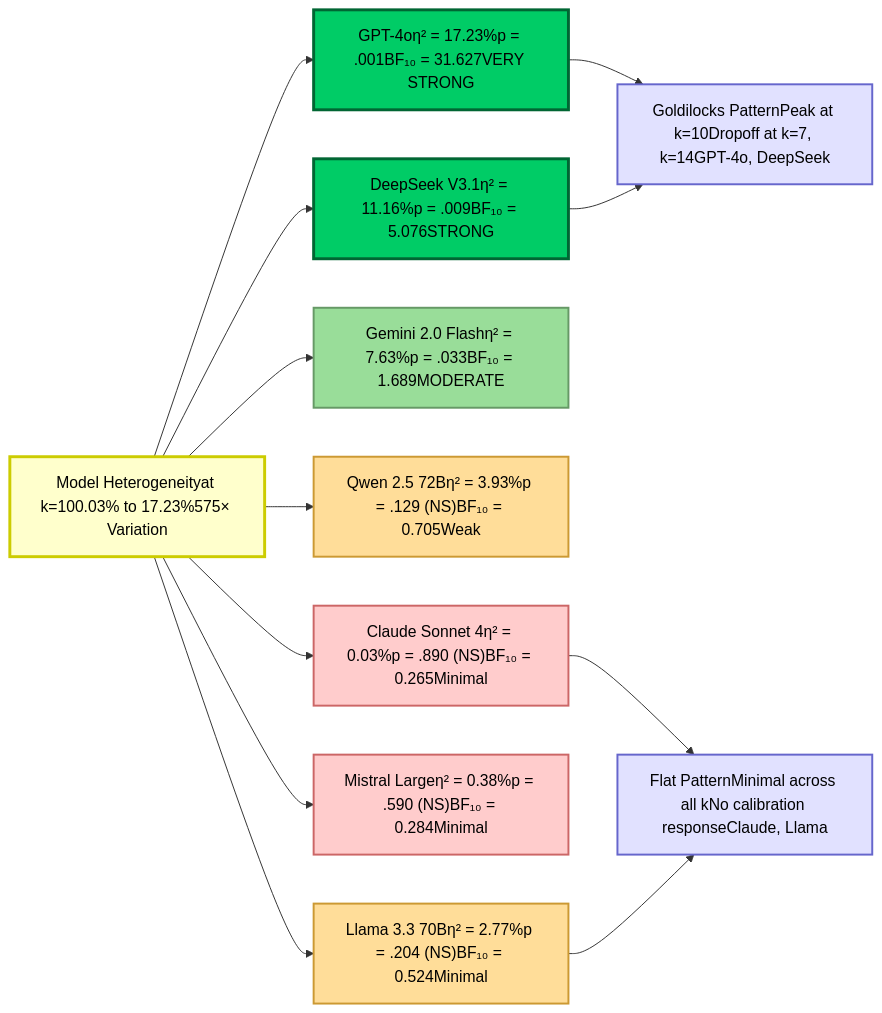
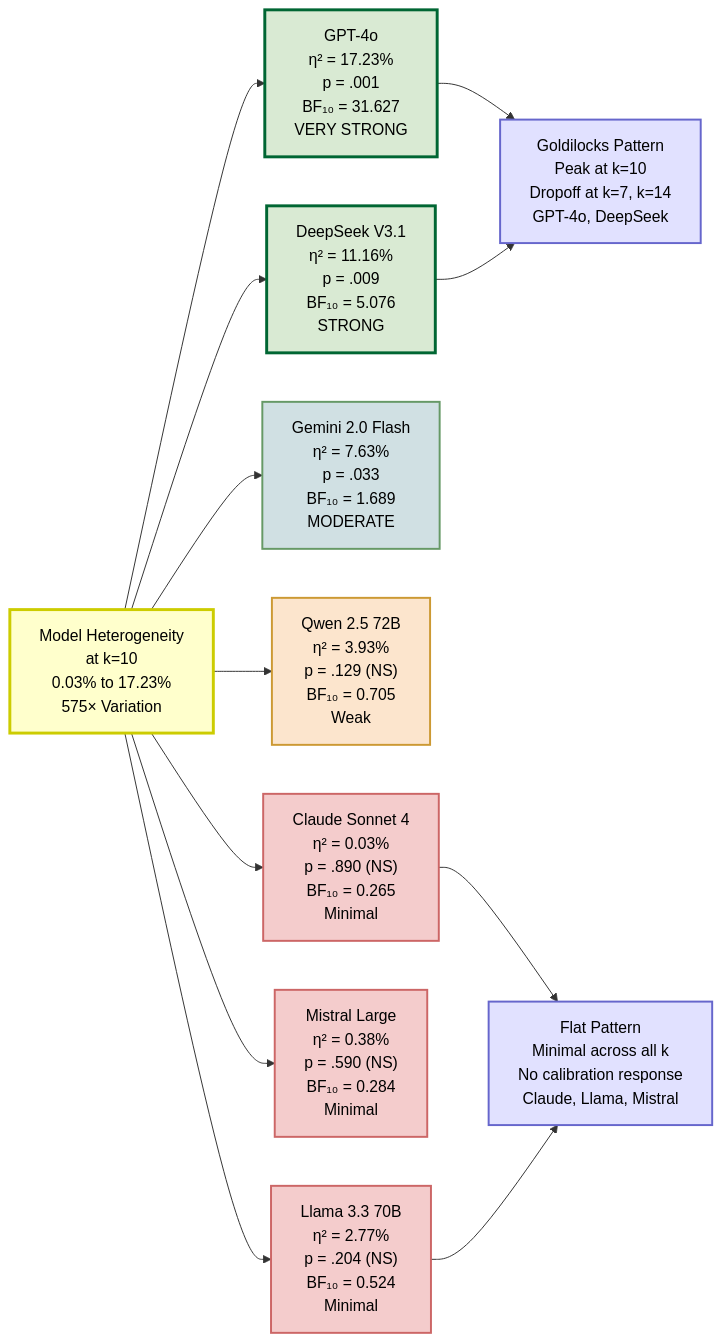
Before and after one commit to peterjmarko/llm-narrative-framework: the diagram in docs/diagrams/viz_model_heterogeneity.mmd, drawn with Mermaid. The commit also changed 20 other files, not shown here.

```diff
--- a/docs/diagrams/viz_model_heterogeneity.mmd
+++ b/docs/diagrams/viz_model_heterogeneity.mmd
@@ -1,47 +1,47 @@
 graph LR
-    TITLE["Model Heterogeneityat k=100.03% to 17.23%575× Variation"]
+    TITLE["Model Heterogeneity<br>at k=10<br>0.03% to 17.23%<br>575× Variation"]
     
-    GPT["GPT-4oη² = 17.23%p = .001BF₁₀ = 31.627VERY STRONG"]
+    GPT["GPT-4o<br>η² = 17.23%<br>p = .001<br>BF₁₀ = 31.627<br>VERY STRONG"]
     
-    DEEP["DeepSeek V3.1η² = 11.16%p = .009BF₁₀ = 5.076STRONG"]
+    DEEP["DeepSeek V3.1<br>η² = 11.16%<br>p = .009<br>BF₁₀ = 5.076<br>STRONG"]
     
-    GEM["Gemini 2.0 Flashη² = 7.63%p = .033BF₁₀ = 1.689MODERATE"]
+    GEM["Gemini 2.0 Flash<br>η² = 7.63%<br>p = .033<br>BF₁₀ = 1.689<br>MODERATE"]
     
-    QWEN["Qwen 2.5 72Bη² = 3.93%p = .129 (NS)BF₁₀ = 0.705Weak"]
+    QWEN["Qwen 2.5 72B<br>η² = 3.93%<br>p = .129 (NS)<br>BF₁₀ = 0.705<br>Weak"]
     
-    LLAMA["Llama 3.3 70Bη² = 2.77%p = .204 (NS)BF₁₀ = 0.524Minimal"]
+    LLAMA["Llama 3.3 70B<br>η² = 2.77%<br>p = .204 (NS)<br>BF₁₀ = 0.524<br>Minimal"]
     
-    MISTRAL["Mistral Largeη² = 0.38%p = .590 (NS)BF₁₀ = 0.284Minimal"]
+    MISTRAL["Mistral Large<br>η² = 0.38%<br>p = .590 (NS)<br>BF₁₀ = 0.284<br>Minimal"]
     
-    CLAUDE["Claude Sonnet 4η² = 0.03%p = .890 (NS)BF₁₀ = 0.265Minimal"]
+    CLAUDE["Claude Sonnet 4<br>η² = 0.03%<br>p = .890 (NS)<br>BF₁₀ = 0.265<br>Minimal"]
     
-    GOLD["Goldilocks PatternPeak at k=10Dropoff at k=7, k=14GPT-4o, DeepSeek"]
+    GOLD["Goldilocks Pattern<br>Peak at k=10<br>Dropoff at k=7, k=14<br>GPT-4o, DeepSeek"]
     
-    FLAT["Flat PatternMinimal across all kNo calibration responseClaude, Llama"]
+    FLAT["Flat Pattern<br>Minimal across all k<br>No calibration response<br>Claude, Llama, Mistral"]
     
     TITLE --> GPT
     TITLE --> DEEP
     TITLE --> GEM
     TITLE --> QWEN
     TITLE --> LLAMA
     TITLE --> MISTRAL
     TITLE --> CLAUDE
     
     GPT --> GOLD
     DEEP --> GOLD
     CLAUDE --> FLAT
     LLAMA --> FLAT
     
     classDef titleNode fill:#ffffcc,stroke:#cccc00,stroke-width:3px,color:#000
-    classDef strongNode fill:#00cc66,stroke:#006633,stroke-width:3px,color:#000
-    classDef moderateNode fill:#99dd99,stroke:#669966,stroke-width:2px,color:#000
-    classDef weakNode fill:#ffdd99,stroke:#cc9933,stroke-width:2px,color:#000
-    classDef minimalNode fill:#ffcccc,stroke:#cc6666,stroke-width:2px,color:#000
+    classDef strongNode fill:#d9ead3,stroke:#006633,stroke-width:3px,color:#000
+    classDef moderateNode fill:#d0e0e3,stroke:#669966,stroke-width:2px,color:#000
+    classDef weakNode fill:#fce5cd,stroke:#cc9933,stroke-width:2px,color:#000
+    classDef minimalNode fill:#f4cccc,stroke:#cc6666,stroke-width:2px,color:#000
     classDef patternNode fill:#e1e1ff,stroke:#6666cc,stroke-width:2px,color:#000
     
     class TITLE titleNode
     class GPT,DEEP strongNode
     class GEM moderateNode
-    class QWEN,LLAMA weakNode
-    class MISTRAL,CLAUDE minimalNode
+    class QWEN weakNode
+    class LLAMA,MISTRAL,CLAUDE minimalNode
     class GOLD,FLAT patternNode
```
